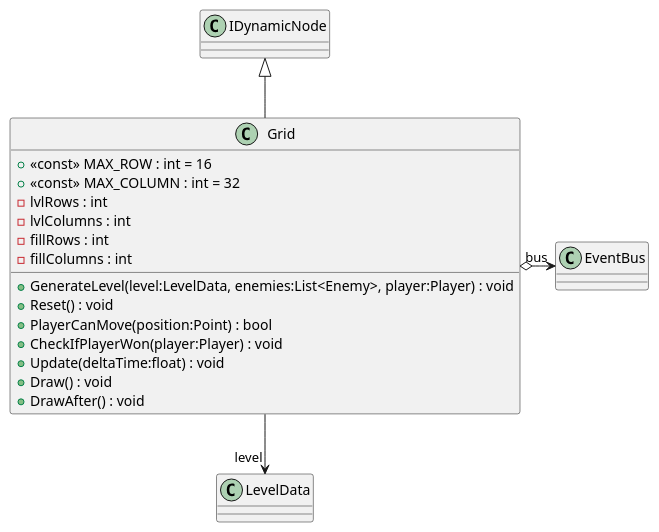
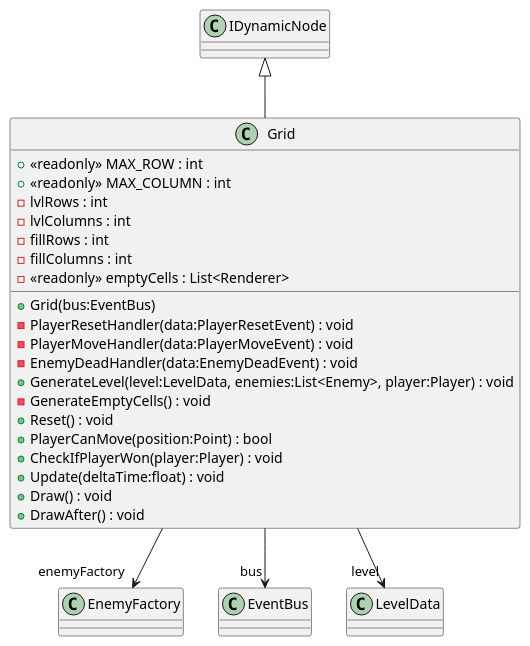
The diagram in uml/SweeperRpg/Src/Grid.puml (Reroll-inc/sweeper-rpg), drawn with PlantUML before and after one commit. The commit also changed 31 other files, not shown here.

Commit message:
add workflow to publish and update uml

```diff
--- a/uml/SweeperRpg/Src/Grid.puml
+++ b/uml/SweeperRpg/Src/Grid.puml
@@ -1,18 +1,25 @@
 class Grid {
-    + <<const>> MAX_ROW : int = 16
-    + <<const>> MAX_COLUMN : int = 32
+    + <<readonly>> MAX_ROW : int
+    + <<readonly>> MAX_COLUMN : int
     - lvlRows : int
     - lvlColumns : int
     - fillRows : int
     - fillColumns : int
+    - <<readonly>> emptyCells : List<Renderer>
+    + Grid(bus:EventBus)
+    - PlayerResetHandler(data:PlayerResetEvent) : void
+    - PlayerMoveHandler(data:PlayerMoveEvent) : void
+    - EnemyDeadHandler(data:EnemyDeadEvent) : void
     + GenerateLevel(level:LevelData, enemies:List<Enemy>, player:Player) : void
+    - GenerateEmptyCells() : void
     + Reset() : void
     + PlayerCanMove(position:Point) : bool
     + CheckIfPlayerWon(player:Player) : void
     + Update(deltaTime:float) : void
     + Draw() : void
     + DrawAfter() : void
 }
 IDynamicNode <|-- Grid
-Grid o-> "bus" EventBus
+Grid --> "enemyFactory" EnemyFactory
+Grid --> "bus" EventBus
 Grid --> "level" LevelData
```
